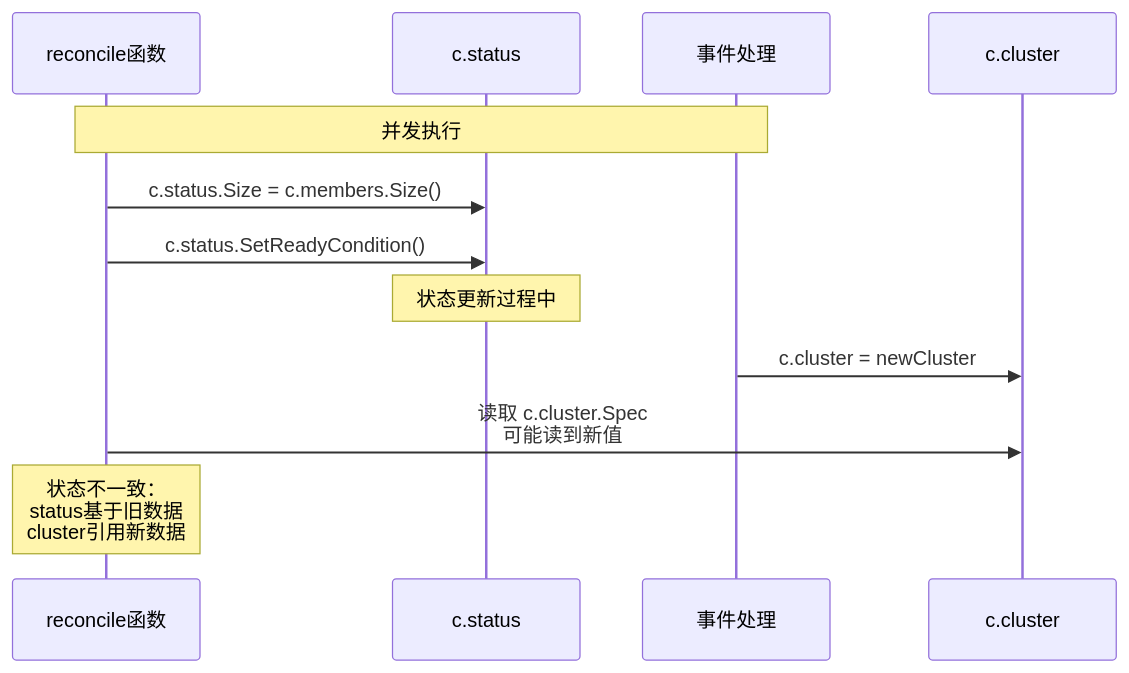
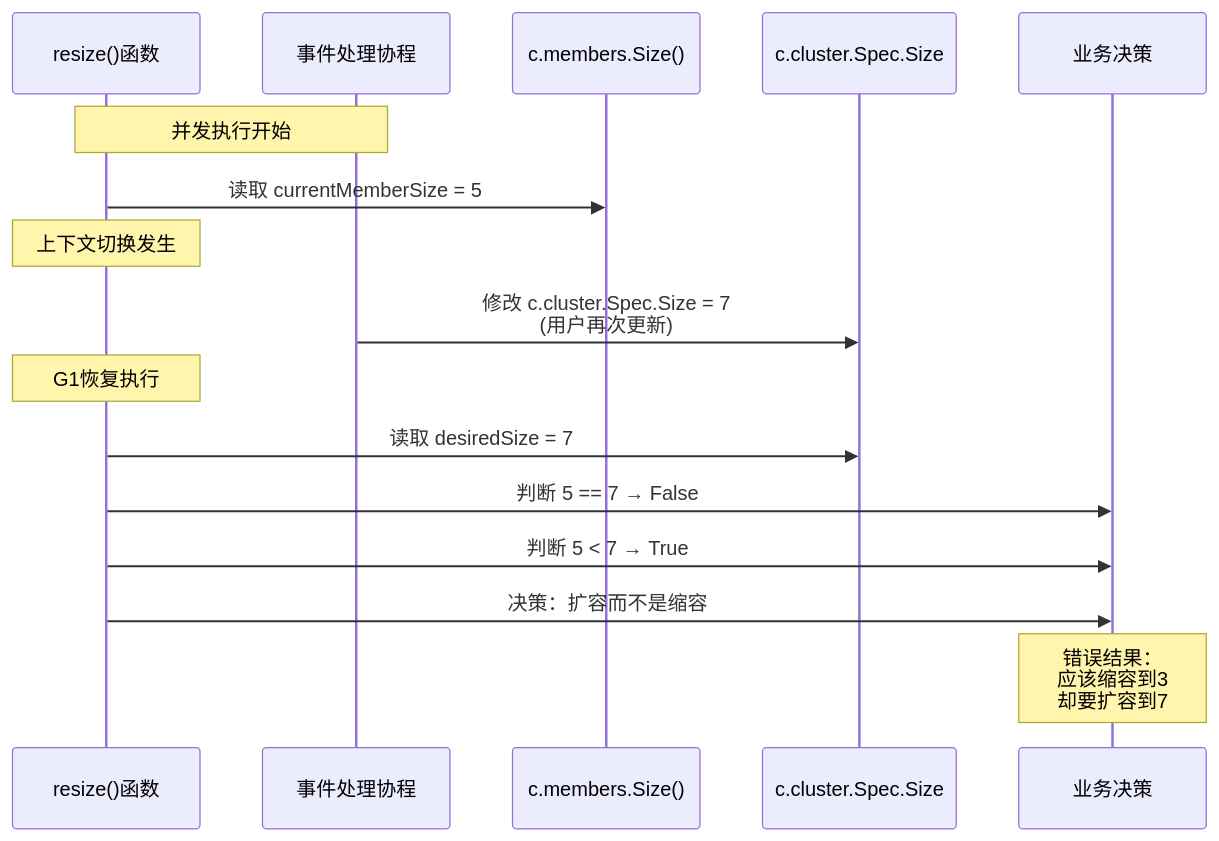
Before and after one commit to VanLiuZhi/etcd-k8s-operator: the third of 5 diagrams in docs/analysis/concurrency-safety-analysis.md, drawn with Mermaid. The commit also changed other lines of this file, not shown here.

````diff
--- a/docs/analysis/concurrency-safety-analysis.md
+++ b/docs/analysis/concurrency-safety-analysis.md
@@ -207,19 +253,24 @@
 ```mermaid
 sequenceDiagram
-    participant R as reconcile函数
-    participant S as c.status
-    participant E as 事件处理
-    participant CR as c.cluster
+    participant G1 as resize()函数
+    participant G2 as 事件处理协程
+    participant M as c.members.Size()
+    participant S as c.cluster.Spec.Size
+    participant D as 业务决策
 
-    Note over R,E: 并发执行
+    Note over G1,G2: 并发执行开始
 
-    R->>S: c.status.Size = c.members.Size()
-    R->>S: c.status.SetReadyCondition()
+    G1->>M: 读取 currentMemberSize = 5
+    Note over G1: 上下文切换发生
 
-    Note over S: 状态更新过程中
-    E->>CR: c.cluster = newCluster
+    G2->>S: 修改 c.cluster.Spec.Size = 7<br/>(用户再次更新)
 
-    R->>CR: 读取 c.cluster.Spec<br/>可能读到新值
+    Note over G1: G1恢复执行
+    G1->>S: 读取 desiredSize = 7
 
-    Note over R: 状态不一致：<br/>status基于旧数据<br/>cluster引用新数据
+    G1->>D: 判断 5 == 7 → False
+    G1->>D: 判断 5 < 7 → True
+    G1->>D: 决策：扩容而不是缩容
+
+    Note over D: 错误结果：<br/>应该缩容到3<br/>却要扩容到7
 ```
````
